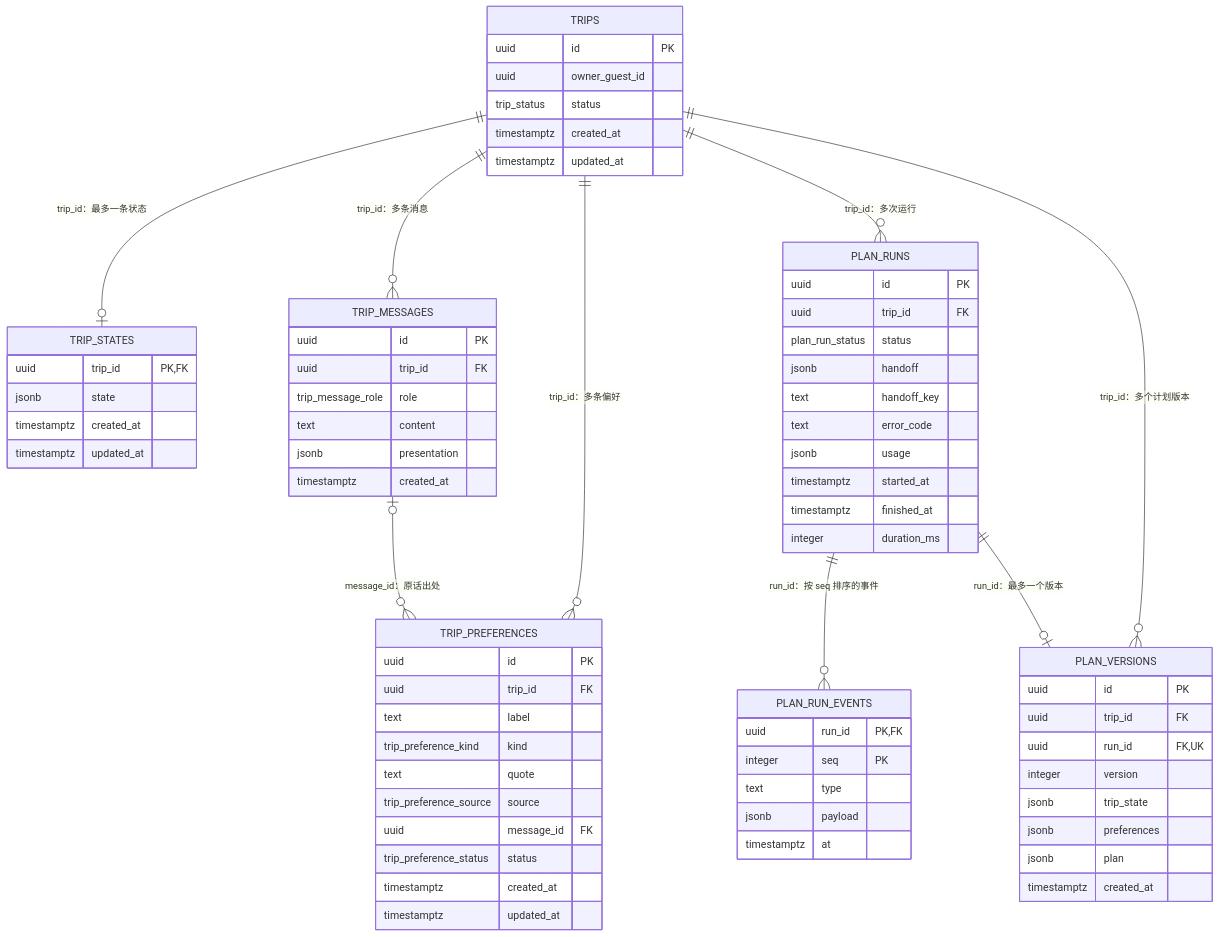
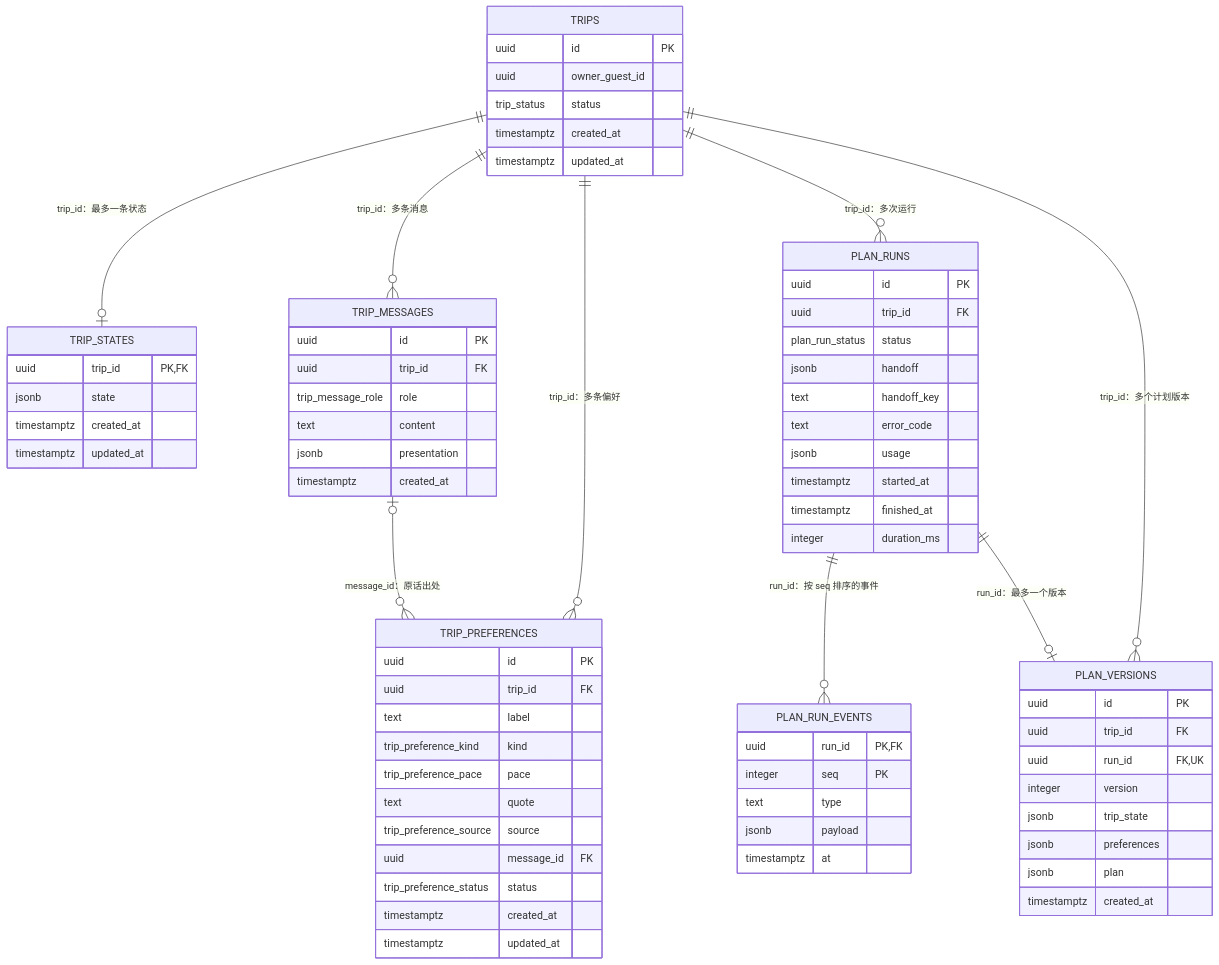
One commit to meiyulin22/Meri-Road-Trip changed the diagram in docs/DATABASE_SCHEMA.md. Above: the diagram before and after it, drawn with Mermaid. The commit also changed other lines of this file and 30 other files, not shown here.

````diff
--- a/docs/DATABASE_SCHEMA.md
+++ b/docs/DATABASE_SCHEMA.md
@@ -29,73 +29,74 @@
 ```mermaid
 erDiagram
   TRIPS ||--o| TRIP_STATES : "trip_id：最多一条状态"
   TRIPS ||--o{ TRIP_MESSAGES : "trip_id：多条消息"
   TRIPS ||--o{ TRIP_PREFERENCES : "trip_id：多条偏好"
   TRIP_MESSAGES |o--o{ TRIP_PREFERENCES : "message_id：原话出处"
   TRIPS ||--o{ PLAN_RUNS : "trip_id：多次运行"
   PLAN_RUNS ||--o{ PLAN_RUN_EVENTS : "run_id：按 seq 排序的事件"
   TRIPS ||--o{ PLAN_VERSIONS : "trip_id：多个计划版本"
   PLAN_RUNS ||--o| PLAN_VERSIONS : "run_id：最多一个版本"
   TRIPS {
     uuid id PK
     uuid owner_guest_id
     trip_status status
     timestamptz created_at
     timestamptz updated_at
   }
   TRIP_STATES {
     uuid trip_id PK, FK
     jsonb state
     timestamptz created_at
     timestamptz updated_at
   }
   TRIP_MESSAGES {
     uuid id PK
     uuid trip_id FK
     trip_message_role role
     text content
     jsonb presentation
     timestamptz created_at
   }
   TRIP_PREFERENCES {
     uuid id PK
     uuid trip_id FK
     text label
     trip_preference_kind kind
+    trip_preference_pace pace
     text quote
     trip_preference_source source
     uuid message_id FK
     trip_preference_status status
     timestamptz created_at
     timestamptz updated_at
   }
   PLAN_RUNS {
     uuid id PK
     uuid trip_id FK
     plan_run_status status
     jsonb handoff
     text handoff_key
     text error_code
     jsonb usage
     timestamptz started_at
     timestamptz finished_at
     integer duration_ms
   }
   PLAN_RUN_EVENTS {
     uuid run_id PK, FK
     integer seq PK
     text type
     jsonb payload
     timestamptz at
   }
   PLAN_VERSIONS {
     uuid id PK
     uuid trip_id FK
     uuid run_id FK, UK
     integer version
     jsonb trip_state
     jsonb preferences
     jsonb plan
     timestamptz created_at
   }
 ```
````
